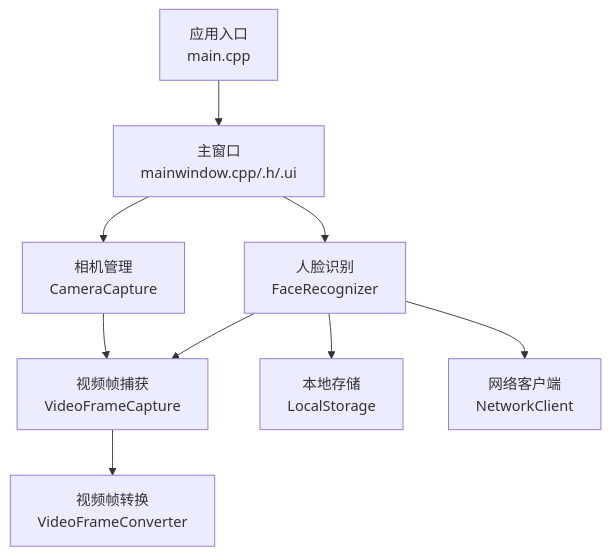
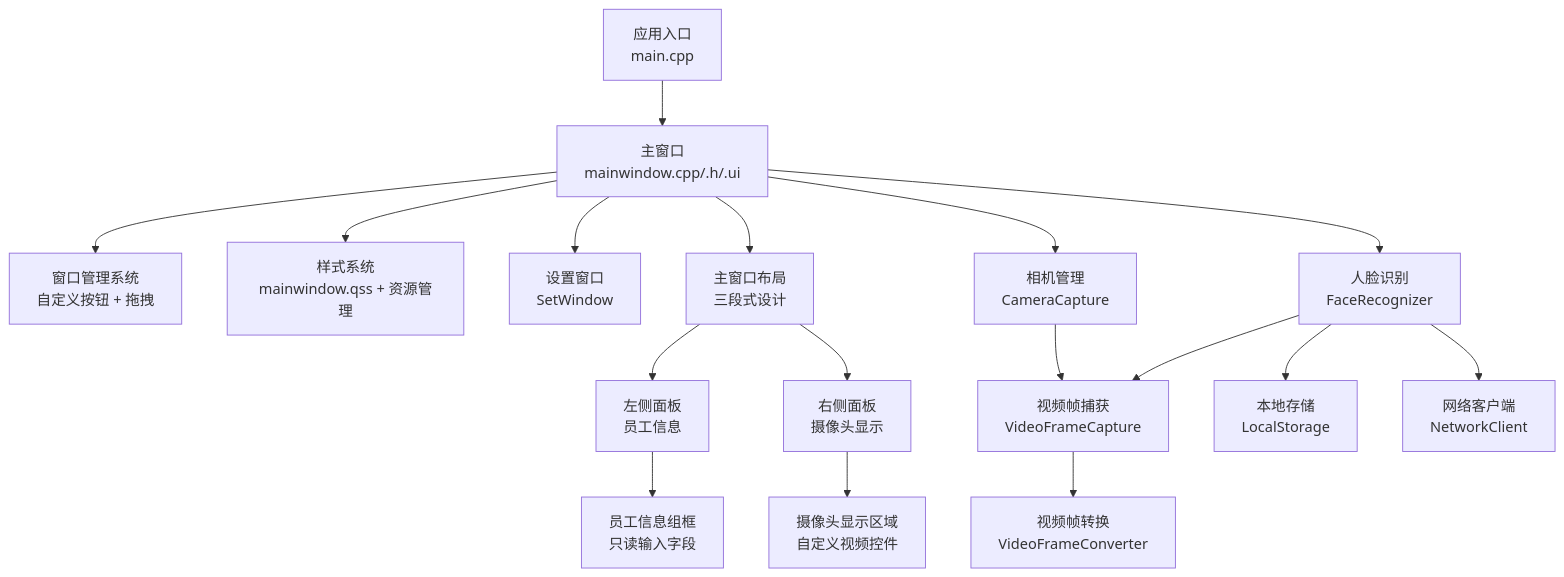
Before and after one commit to HeQiTZD/Triple-terminal-Attendance-Punching-System: the first of 10 diagrams in .qoder/repowiki/zh/content/用户界面设计/用户界面设计.md, drawn with Mermaid. The commit also changed other lines of this file and 70 other files, not shown here.

````diff
--- a/.qoder/repowiki/zh/content/用户界面设计/用户界面设计.md
+++ b/.qoder/repowiki/zh/content/用户界面设计/用户界面设计.md
@@ -59,11 +70,19 @@
 ```mermaid
 graph TB
 A["应用入口<br/>main.cpp"] --> B["主窗口<br/>mainwindow.cpp/.h/.ui"]
-B --> C["相机管理<br/>CameraCapture"]
-C --> D["视频帧捕获<br/>VideoFrameCapture"]
-D --> E["视频帧转换<br/>VideoFrameConverter"]
-B --> F["人脸识别<br/>FaceRecognizer"]
-F --> D
-F --> G["本地存储<br/>LocalStorage"]
-F --> H["网络客户端<br/>NetworkClient"]
+B --> C["窗口管理系统<br/>自定义按钮 + 拖拽"]
+B --> D["样式系统<br/>mainwindow.qss + 资源管理"]
+B --> E["设置窗口<br/>SetWindow"]
+B --> F["主窗口布局<br/>三段式设计"]
+F --> G["左侧面板<br/>员工信息"]
+F --> H["右侧面板<br/>摄像头显示"]
+G --> I["员工信息组框<br/>只读输入字段"]
+H --> J["摄像头显示区域<br/>自定义视频控件"]
+B --> K["相机管理<br/>CameraCapture"]
+K --> L["视频帧捕获<br/>VideoFrameCapture"]
+L --> M["视频帧转换<br/>VideoFrameConverter"]
+B --> N["人脸识别<br/>FaceRecognizer"]
+N --> L
+N --> O["本地存储<br/>LocalStorage"]
+N --> P["网络客户端<br/>NetworkClient"]
 ```
````
